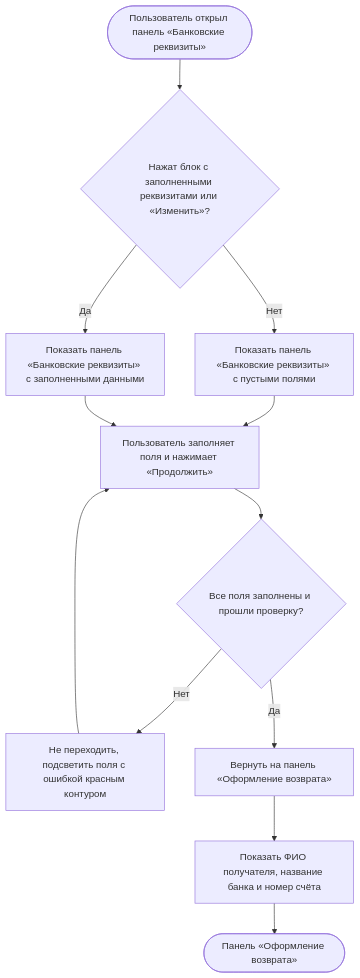
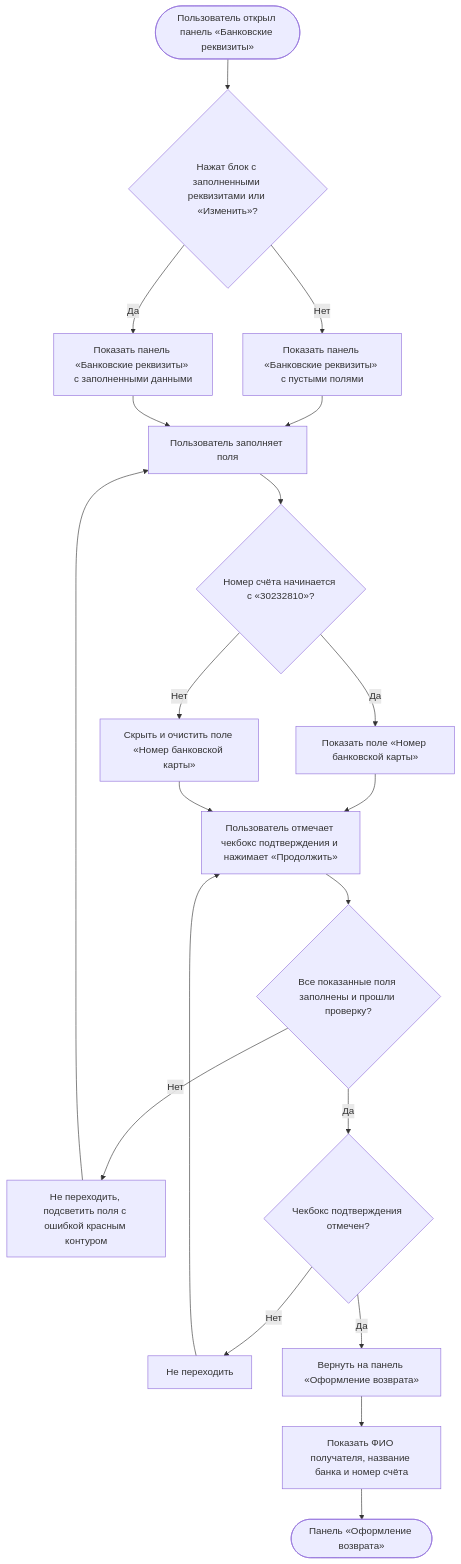
One commit to Terinss155/opencode-agents-analysis changed diagram 16 of 26 in projects/returns-2.0/requirements/srs/srs-web-mvp.md. Above: the diagram before and after it, drawn with Mermaid. The commit also changed other lines of this file and 19 other files, not shown here.

Commit message:
Возвраты 2.0: ADR-RET-106 (номер карты только для кредитного счёта), чекбокс реквизитов в SRS сайта, BRD по ADR-RET-105, правило «Названия» в статусной модели v4

````diff
--- a/projects/returns-2.0/requirements/srs/srs-web-mvp.md
+++ b/projects/returns-2.0/requirements/srs/srs-web-mvp.md
@@ -1013,14 +1016,22 @@
 ```mermaid
 flowchart TD
     S([Пользователь открыл панель «Банковские реквизиты»]) --> E{"Нажат блок с заполненными реквизитами или «Изменить»?"}
     E -->|Нет| E1["Показать панель «Банковские реквизиты» с пустыми полями"]
     E -->|Да| E2["Показать панель «Банковские реквизиты» с заполненными данными"]
-    E1 --> F["Пользователь заполняет поля и нажимает «Продолжить»"]
-    E2 --> F
-    F --> V{"Все поля заполнены и прошли проверку?"}
+    E1 --> F0["Пользователь заполняет поля"]
+    E2 --> F0
+    F0 --> CR{"Номер счёта начинается с «30232810»?"}
+    CR -->|Да| CR1["Показать поле «Номер банковской карты»"]
+    CR -->|Нет| CR2["Скрыть и очистить поле «Номер банковской карты»"]
+    CR1 --> F["Пользователь отмечает чекбокс подтверждения и нажимает «Продолжить»"]
+    CR2 --> F
+    F --> V{"Все показанные поля заполнены и прошли проверку?"}
     V -->|Нет| X1["Не переходить, подсветить поля с ошибкой красным контуром"]
-    X1 --> F
-    V -->|Да| H["Вернуть на панель «Оформление возврата»"]
+    X1 --> F0
+    V -->|Да| K{"Чекбокс подтверждения отмечен?"}
+    K -->|Нет| X2["Не переходить"]
+    X2 --> F
+    K -->|Да| H["Вернуть на панель «Оформление возврата»"]
     H --> H1["Показать ФИО получателя, название банка и номер счёта"]
     H1 --> Z([Панель «Оформление возврата»])
 ```
````
